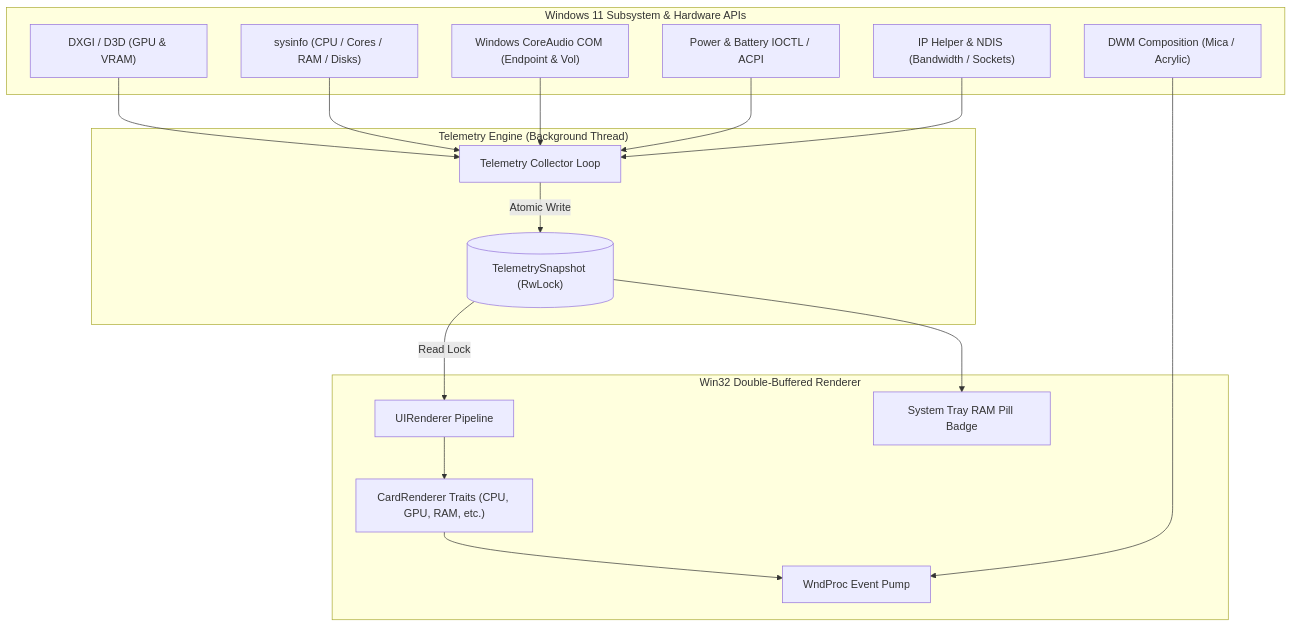
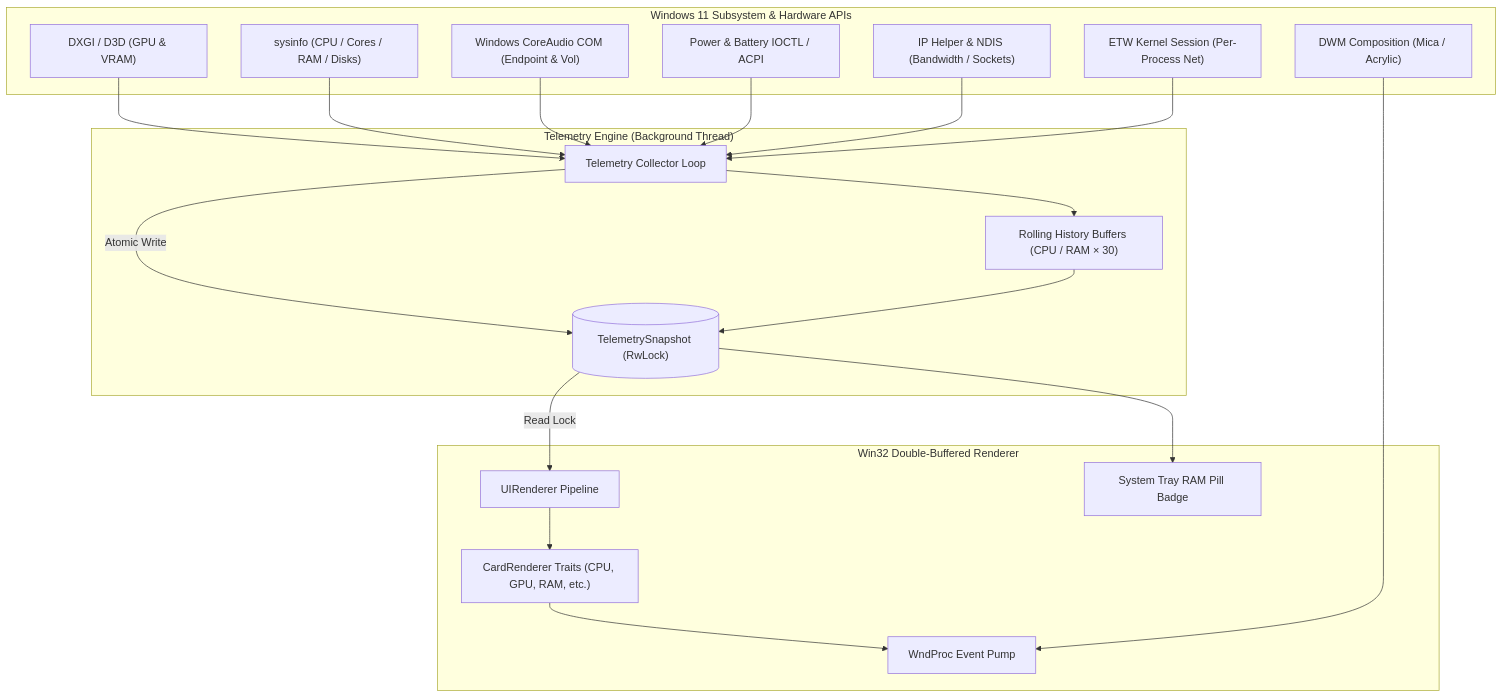
The diagram in README.md (chiku-sourav/sidebar-native), drawn with Mermaid before and after one commit. The commit also changed other lines of this file, not shown here.

````diff
--- a/README.md
+++ b/README.md
@@ -242,36 +321,41 @@
 ```mermaid
 flowchart TB
     subgraph OS_APIs["Windows 11 Subsystem & Hardware APIs"]
         DXGI["DXGI / D3D (GPU & VRAM)"]
         SYSINFO["sysinfo (CPU / Cores / RAM / Disks)"]
         COREAUDIO["Windows CoreAudio COM (Endpoint & Vol)"]
         POWRSOS["Power & Battery IOCTL / ACPI"]
         NETAPI["IP Helper & NDIS (Bandwidth / Sockets)"]
+        ETW["ETW Kernel Session (Per-Process Net)"]
         DWMAPI["DWM Composition (Mica / Acrylic)"]
     end
 
     subgraph ENGINE["Telemetry Engine (Background Thread)"]
         Worker["Telemetry Collector Loop"]
         Snapshot[("TelemetrySnapshot (RwLock)")]
+        History["Rolling History Buffers (CPU / RAM × 30)"]
     end
 
     subgraph UI["Win32 Double-Buffered Renderer"]
         WndProc["WndProc Event Pump"]
         Renderer["UIRenderer Pipeline"]
         Cards["CardRenderer Traits (CPU, GPU, RAM, etc.)"]
         Tray["System Tray RAM Pill Badge"]
     end
 
     DXGI --> Worker
     SYSINFO --> Worker
     COREAUDIO --> Worker
     POWRSOS --> Worker
     NETAPI --> Worker
+    ETW --> Worker
 
     Worker -->|Atomic Write| Snapshot
+    Worker --> History
+    History --> Snapshot
     Snapshot -->|Read Lock| Renderer
     Renderer --> Cards
     Cards --> WndProc
     DWMAPI --> WndProc
     Snapshot --> Tray
 ```
````
